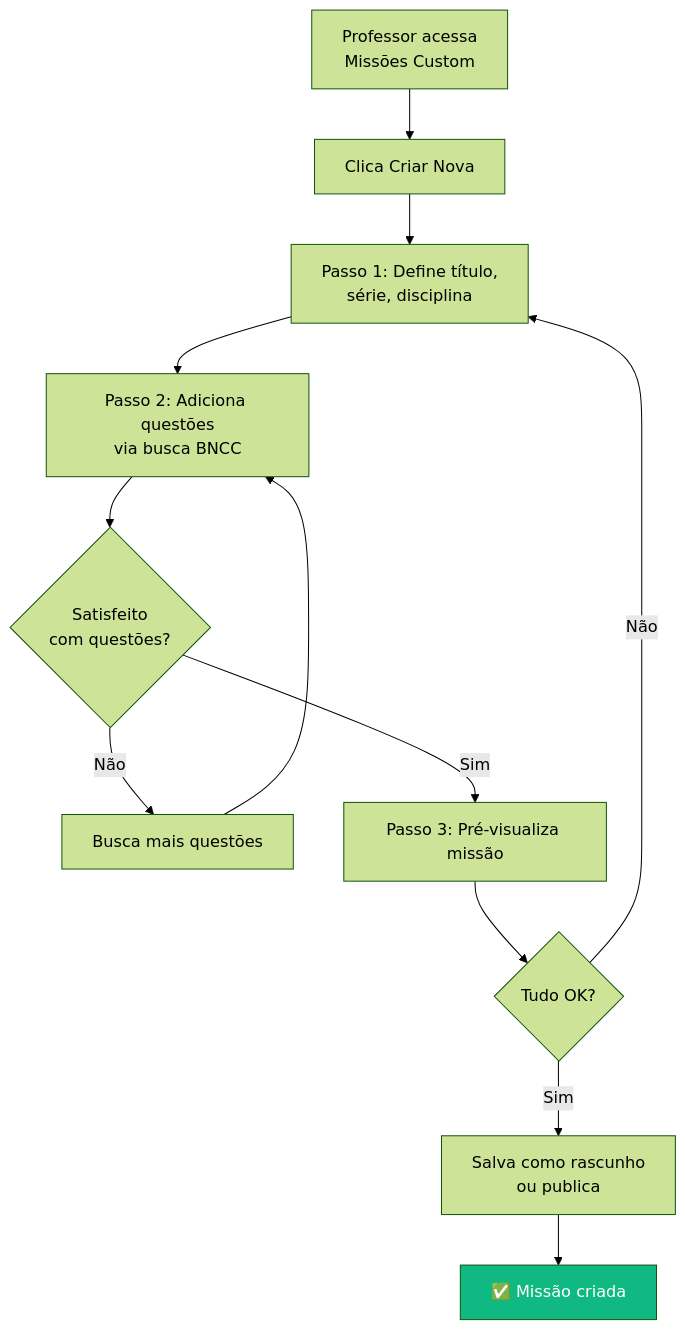
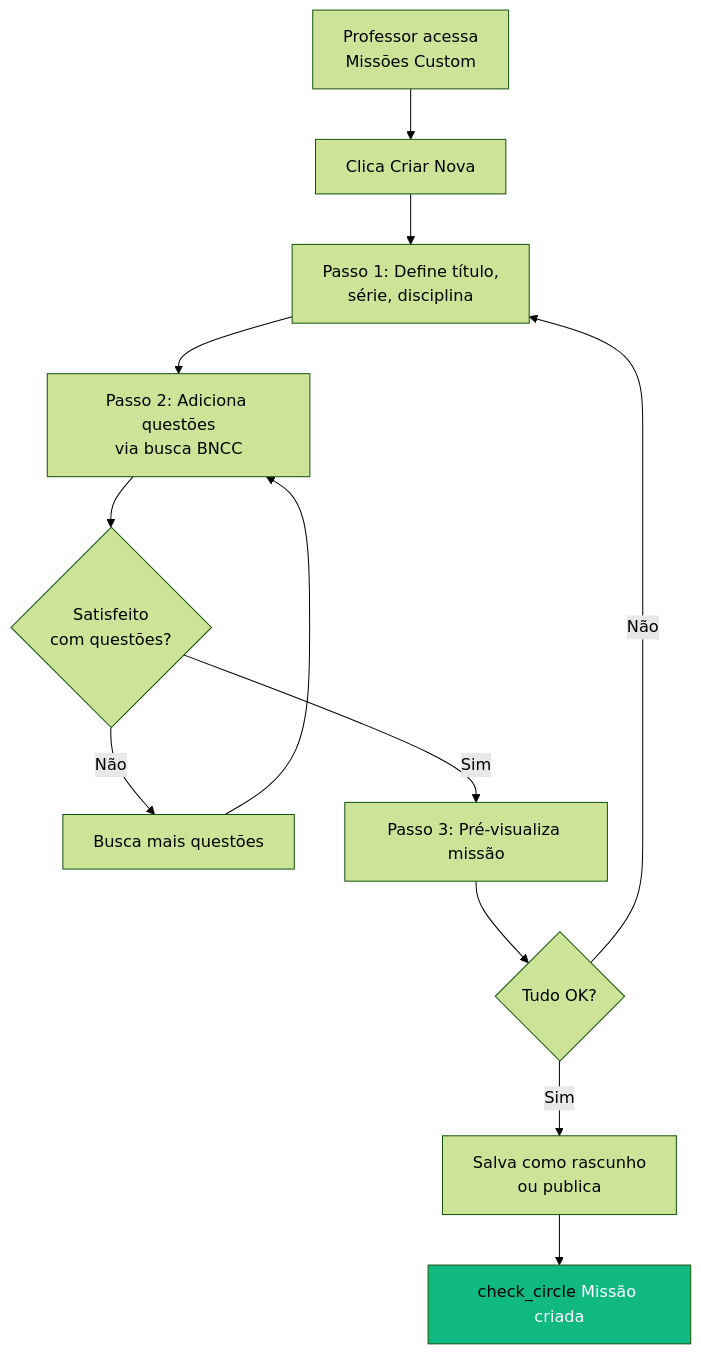
Before and after one commit to fabioeducacross/Ambiente_de_Prototipacao_V5: the diagram in documentation/docs/prds/template.md, drawn with Mermaid (forest theme). The commit also changed other lines of this file and 46 other files, not shown here.

First line of the commit message:
feat: substitui emojis por Material Symbols icons na wiki

````diff
--- a/documentation/docs/prds/template.md
+++ b/documentation/docs/prds/template.md
@@ -164,16 +164,16 @@
 ```mermaid
 flowchart TD
     A[Professor acessa<br/>Missões Custom] --> B[Clica Criar Nova]
     B --> C[Passo 1: Define título,<br/>série, disciplina]
     C --> D[Passo 2: Adiciona questões<br/>via busca BNCC]
     D --> E{Satisfeito<br/>com questões?}
     E -->|Não| F[Busca mais questões]
     F --> D
     E -->|Sim| G[Passo 3: Pré-visualiza missão]
     G --> H{Tudo OK?}
     H -->|Não| C
     H -->|Sim| I[Salva como rascunho<br/>ou publica]
-    I --> J[✅ Missão criada]
+    I --> J[<span class="material-symbols-outlined">check_circle</span> Missão criada]
     
     style J fill:#10B981,color:#fff
 ```
````
